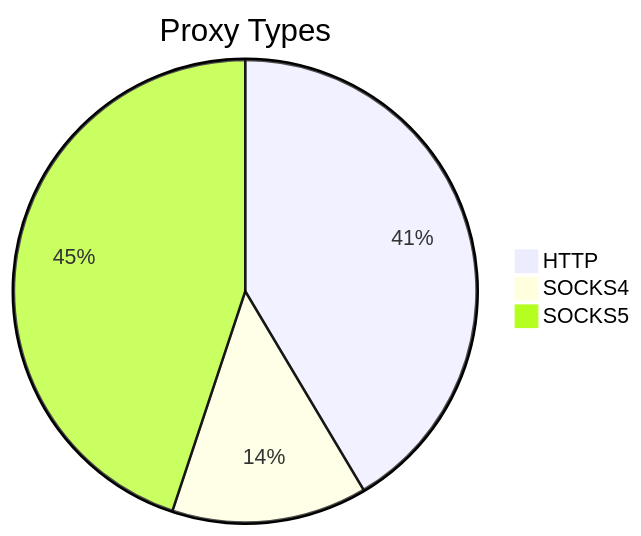
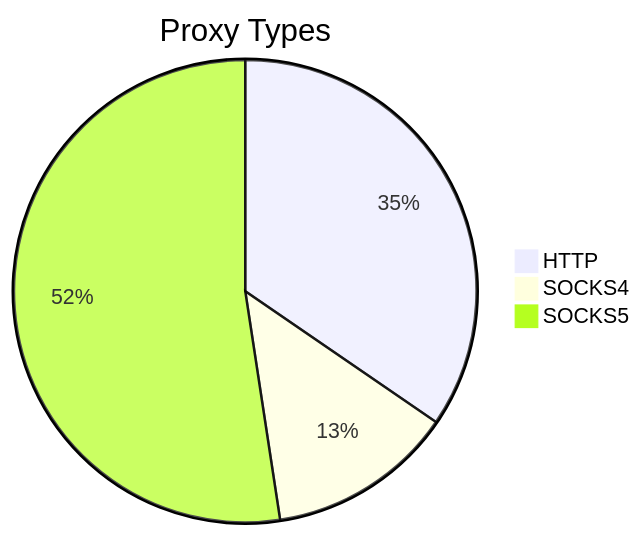
Before and after one commit to stormsia/proxy-list: the first of 2 diagrams in README.md, drawn with Mermaid. The commit also changed other lines of this file, not shown here.

````diff
--- a/README.md
+++ b/README.md
@@ -21,6 +21,6 @@
 ```mermaid
 pie title Proxy Types
-    "HTTP" : 240
-    "SOCKS4" : 79
-    "SOCKS5" : 260
+    "HTTP" : 215
+    "SOCKS4" : 81
+    "SOCKS5" : 326
 ```
````
